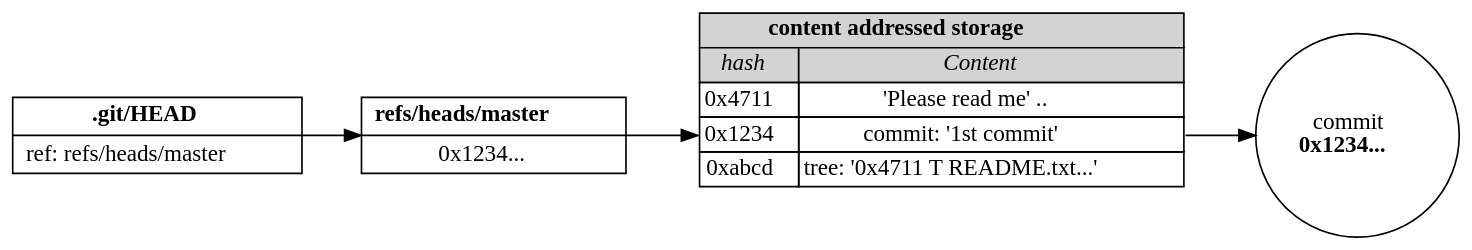
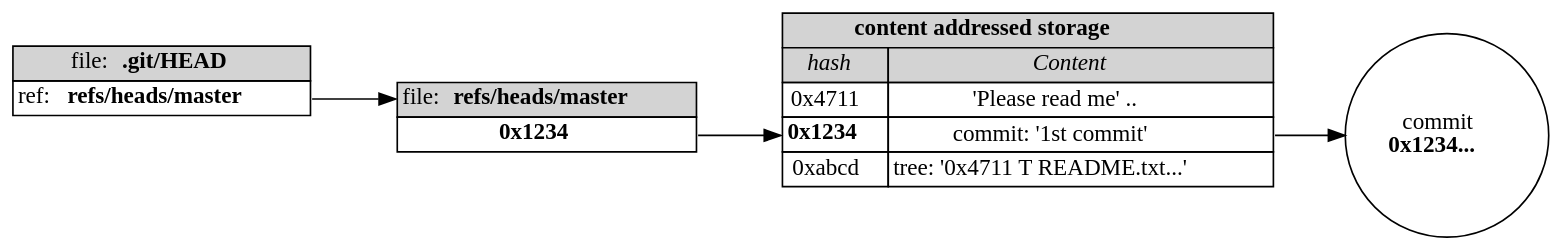
Before and after one commit to neuhalje/presentation_git-from-the-inside: the second of 6 diagrams in src/index.org, drawn with Graphviz. The commit also changed other lines of this file and 1 other file, not shown here.

```diff
--- a/src/index.org
+++ b/src/index.org
@@ -327,36 +346,55 @@
 #+begin_src dot :file "org-gen/dot-git-head.svg" :cmdline -Tsvg :dir . :exports results
 digraph D {
     rankdir=LR;
     bgcolor=transparent;
-    HEAD [shape=record    label=<<b>.git/HEAD</b>| ref: refs/heads/master> ];
-    master [shape=record label=<<b>refs/heads/master</b>| 0x1234...>];
+    HEAD [ shape = none
+          label = <<table border="0" cellspacing="0">
+                    <tr>
+                        <td  border="1"  bgcolor="lightgray">file: <b>.git/HEAD</b></td>
+                    </tr>
+                    <tr>
+                       <td port="content" border="1">ref: <b>refs/heads/master</b></td>
+                    </tr>
+                </table>>
+                ]
+    master [ shape = none
+          label = <<table border="0" cellspacing="0">
+                    <tr>
+                        <td port="name" border="1" bgcolor="lightgray">file: <b>refs/heads/master</b></td>
+                    </tr>
+                    <tr>
+                       <td port="hash" border="1"><b>0x1234</b></td>
+                    </tr>
+                </table>>
+                ]
+
     commit [shape=circle label=<commit<br/><b>0x1234...</b>>];
 
     cas [ shape = none
           label = <<table border="0" cellspacing="0">
                     <tr>
                         <td  border="1" colspan="2" bgcolor="lightgray"><b>content addressed storage</b></td>
                     </tr>
                     <tr>
                         <td  border="1" bgcolor="lightgray"><i>hash</i></td>
                         <td  border="1" bgcolor="lightgray"><i>Content</i></td>
                     </tr>
                     <tr>
                        <td port="port1" border="1">0x4711</td>
                        <td  border="1">'Please read me' ..</td>
                     </tr>
                     <tr>
-                       <td port="port2" border="1">0x1234</td>
+                       <td port="port2" border="1"><b>0x1234</b></td>
                        <td port="port2b" border="1">commit: '1st commit' </td>
                     </tr>
                     <tr>
                        <td port="port3" border="1">0xabcd</td>
                        <td  border="1">tree: '0x4711 T README.txt...' </td>
                     </tr>
                 </table>>
                 ]
-    HEAD -> master;
-    master -> cas:port2;
+    HEAD:content -> master:name;
+    master:hash -> cas:port2;
     cas:port2b -> commit;
 }
 #+end_src
```
